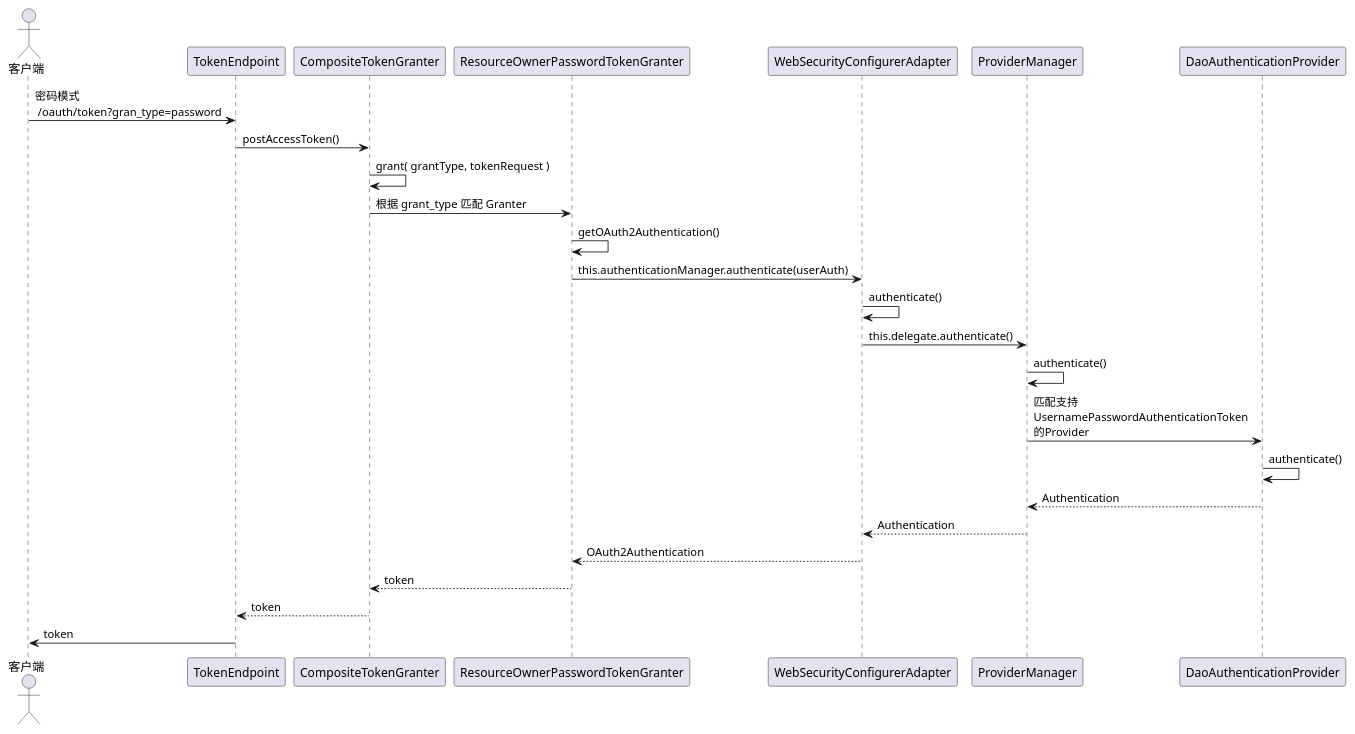
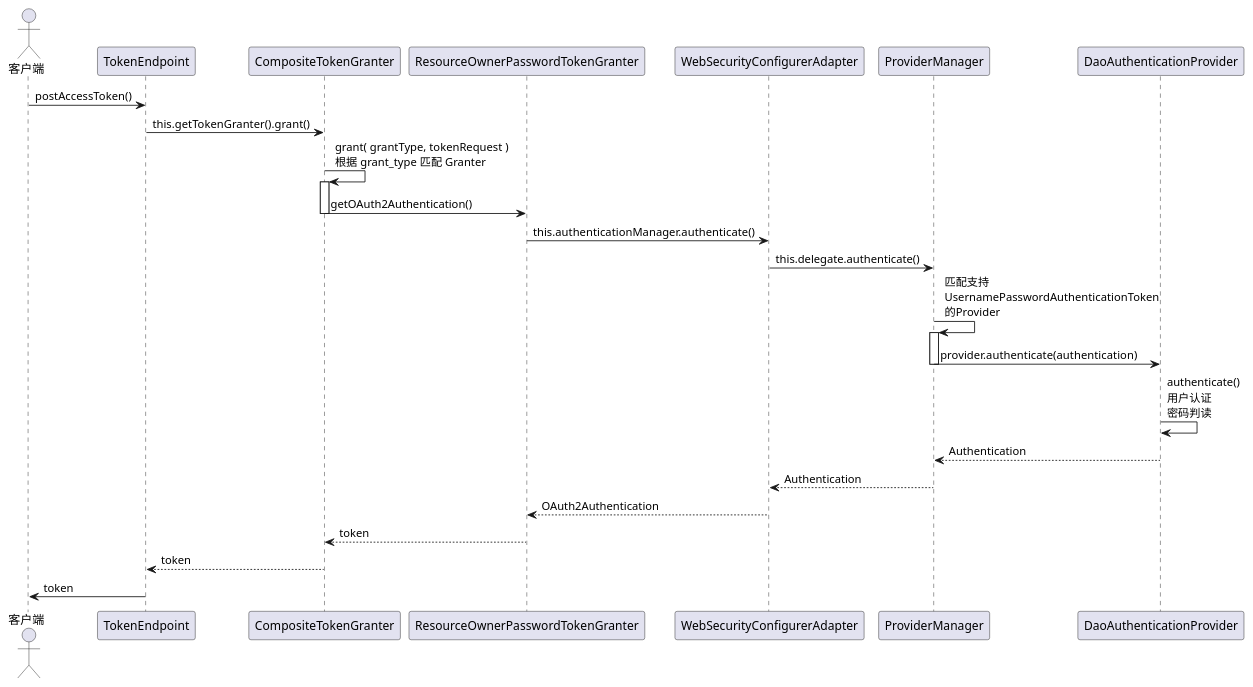
Before and after one commit to youlaitech/youlai-mall: the diagram in doc/diagram/oauth2_password.puml, drawn with PlantUML.

Commit message:
doc(oauth2_password.puml):修改OAuth2密码模式的时序图

```diff
--- a/doc/diagram/oauth2_password.puml
+++ b/doc/diagram/oauth2_password.puml
@@ -1,38 +1,37 @@
 @startuml
 'https://plantuml.com/sequence-diagram
 
 actor 客户端
 
+'密码模式 \n /oauth/token?gran_type=password
+客户端 -> TokenEndpoint: postAccessToken()
+TokenEndpoint -> CompositeTokenGranter: this.getTokenGranter().grant()
 
-客户端 -> TokenEndpoint: 密码模式 \n /oauth/token?gran_type=password
-TokenEndpoint -> CompositeTokenGranter: postAccessToken()
+CompositeTokenGranter->CompositeTokenGranter: grant( grantType, tokenRequest )\n根据 grant_type 匹配 Granter
+activate  CompositeTokenGranter
 
-CompositeTokenGranter->CompositeTokenGranter: grant( grantType, tokenRequest )
+CompositeTokenGranter->ResourceOwnerPasswordTokenGranter: getOAuth2Authentication()
+deactivate  CompositeTokenGranter
 
-CompositeTokenGranter->ResourceOwnerPasswordTokenGranter: 根据 grant_type 匹配 Granter
+ResourceOwnerPasswordTokenGranter-> WebSecurityConfigurerAdapter:this.authenticationManager.authenticate()
 
-ResourceOwnerPasswordTokenGranter-> ResourceOwnerPasswordTokenGranter:getOAuth2Authentication()
 
-ResourceOwnerPasswordTokenGranter-> WebSecurityConfigurerAdapter:this.authenticationManager.authenticate(userAuth)
-
-WebSecurityConfigurerAdapter -> WebSecurityConfigurerAdapter: authenticate()
 
 WebSecurityConfigurerAdapter -> ProviderManager: this.delegate.authenticate()
 
-ProviderManager -> ProviderManager: authenticate()
-
-ProviderManager -> DaoAuthenticationProvider: 匹配支持\nUsernamePasswordAuthenticationToken\n的Provider
-
-DaoAuthenticationProvider -> DaoAuthenticationProvider:authenticate()
-
+ProviderManager -> ProviderManager: 匹配支持\nUsernamePasswordAuthenticationToken\n的Provider
+activate ProviderManager
+ProviderManager -> DaoAuthenticationProvider: provider.authenticate(authentication)
+deactivate ProviderManager
+DaoAuthenticationProvider -> DaoAuthenticationProvider:authenticate()\n用户认证\n密码判读
 ProviderManager <-- DaoAuthenticationProvider: Authentication
 
 WebSecurityConfigurerAdapter <-- ProviderManager: Authentication
 ResourceOwnerPasswordTokenGranter <-- WebSecurityConfigurerAdapter: OAuth2Authentication
 
 CompositeTokenGranter <-- ResourceOwnerPasswordTokenGranter: token
 
 TokenEndpoint <-- CompositeTokenGranter:token
 
 客户端 <- TokenEndpoint: token
 @enduml
```
